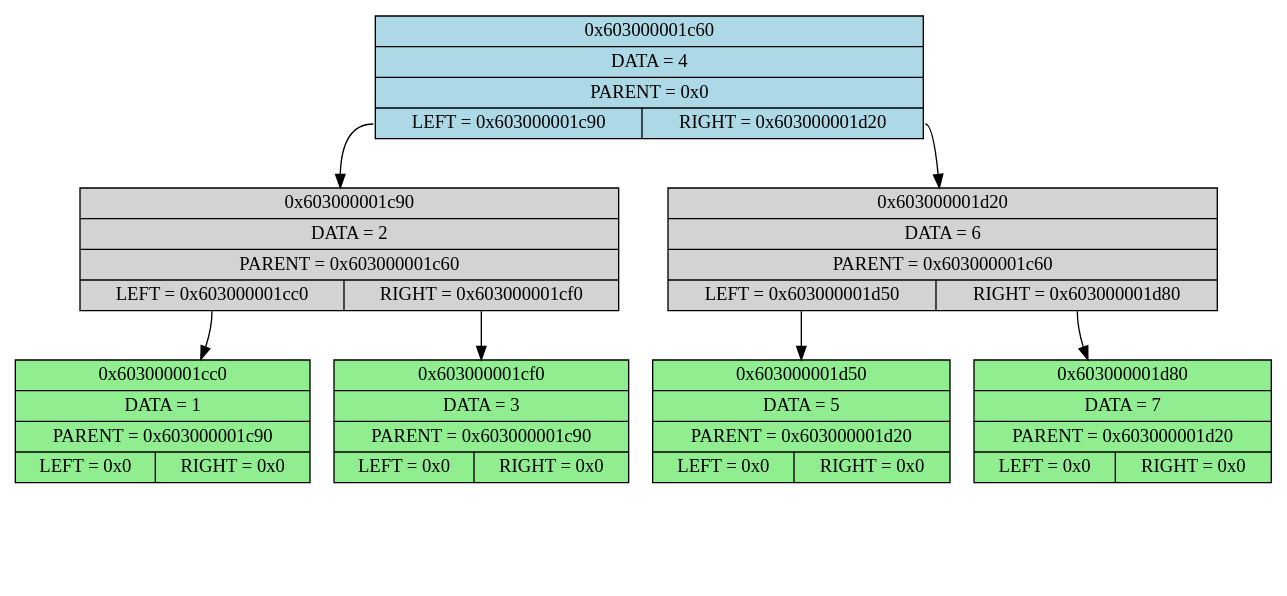
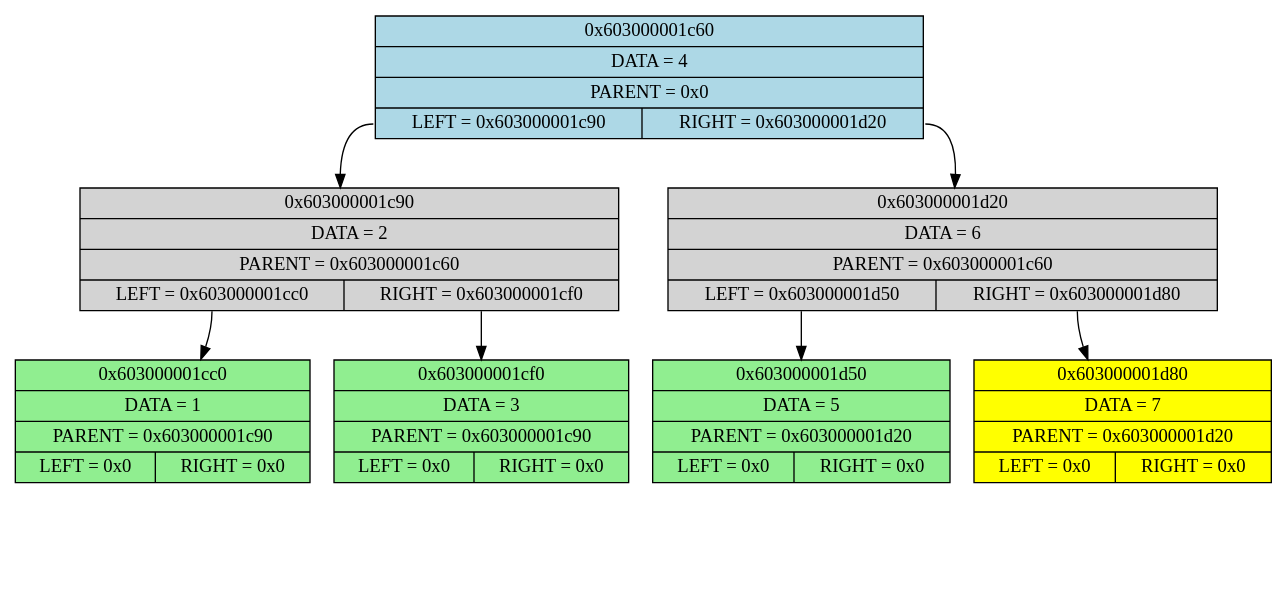
Before and after one commit to Leonid256/Bin_Tree: the diagram in tree.dot, drawn with Graphviz. The commit also changed 6 other files, not shown here.

```diff
--- a/tree.dot
+++ b/tree.dot
@@ -1,34 +1,34 @@
 digraph Tree
 {
 	ordering = out;
 	node [shape = record];
 	n_0x603000001c60 [style = filled, fillcolor = lightblue, label = "{ 0x603000001c60 | DATA = 4 | PARENT = 0x0 | { <l> LEFT = 0x603000001c90 | <r> RIGHT = 0x603000001d20}}"];
 	n_0x603000001c60:l -> n_0x603000001c90;
 	n_0x603000001c90 [style = filled, fillcolor = lightgrey, label = "{ 0x603000001c90 | DATA = 2 | PARENT = 0x603000001c60 | { <l> LEFT = 0x603000001cc0 | <r> RIGHT = 0x603000001cf0}}"];
 	n_0x603000001c90:l -> n_0x603000001cc0;
 	n_0x603000001cc0 [style = filled, fillcolor = lightgreen, label = "{ 0x603000001cc0 | DATA = 1 | PARENT = 0x603000001c90 | { <l> LEFT = 0x0 | <r> RIGHT = 0x0}}"];
 	nl_0x603000001cc0 [style = invis, label = "", width = 0];
 	n_0x603000001cc0:l -> nl_0x603000001cc0 [style = invis];
 	nr_0x603000001cc0 [style = invis, label = "", width = 0];
-	n_0x603000001cc0:r -> nl_0x603000001cc0 [style = invis];
+	n_0x603000001cc0:r -> nr_0x603000001cc0 [style = invis];
 	n_0x603000001c90:r -> n_0x603000001cf0;
 	n_0x603000001cf0 [style = filled, fillcolor = lightgreen, label = "{ 0x603000001cf0 | DATA = 3 | PARENT = 0x603000001c90 | { <l> LEFT = 0x0 | <r> RIGHT = 0x0}}"];
 	nl_0x603000001cf0 [style = invis, label = "", width = 0];
 	n_0x603000001cf0:l -> nl_0x603000001cf0 [style = invis];
 	nr_0x603000001cf0 [style = invis, label = "", width = 0];
-	n_0x603000001cf0:r -> nl_0x603000001cf0 [style = invis];
+	n_0x603000001cf0:r -> nr_0x603000001cf0 [style = invis];
 	n_0x603000001c60:r -> n_0x603000001d20;
 	n_0x603000001d20 [style = filled, fillcolor = lightgrey, label = "{ 0x603000001d20 | DATA = 6 | PARENT = 0x603000001c60 | { <l> LEFT = 0x603000001d50 | <r> RIGHT = 0x603000001d80}}"];
 	n_0x603000001d20:l -> n_0x603000001d50;
 	n_0x603000001d50 [style = filled, fillcolor = lightgreen, label = "{ 0x603000001d50 | DATA = 5 | PARENT = 0x603000001d20 | { <l> LEFT = 0x0 | <r> RIGHT = 0x0}}"];
 	nl_0x603000001d50 [style = invis, label = "", width = 0];
 	n_0x603000001d50:l -> nl_0x603000001d50 [style = invis];
 	nr_0x603000001d50 [style = invis, label = "", width = 0];
-	n_0x603000001d50:r -> nl_0x603000001d50 [style = invis];
+	n_0x603000001d50:r -> nr_0x603000001d50 [style = invis];
 	n_0x603000001d20:r -> n_0x603000001d80;
-	n_0x603000001d80 [style = filled, fillcolor = lightgreen, label = "{ 0x603000001d80 | DATA = 7 | PARENT = 0x603000001d20 | { <l> LEFT = 0x0 | <r> RIGHT = 0x0}}"];
+	n_0x603000001d80 [style = filled, fillcolor = yellow, label = "{ 0x603000001d80 | DATA = 7 | PARENT = 0x603000001d20 | { <l> LEFT = 0x0 | <r> RIGHT = 0x0}}"];
 	nl_0x603000001d80 [style = invis, label = "", width = 0];
 	n_0x603000001d80:l -> nl_0x603000001d80 [style = invis];
 	nr_0x603000001d80 [style = invis, label = "", width = 0];
-	n_0x603000001d80:r -> nl_0x603000001d80 [style = invis];
+	n_0x603000001d80:r -> nr_0x603000001d80 [style = invis];
 }
```
